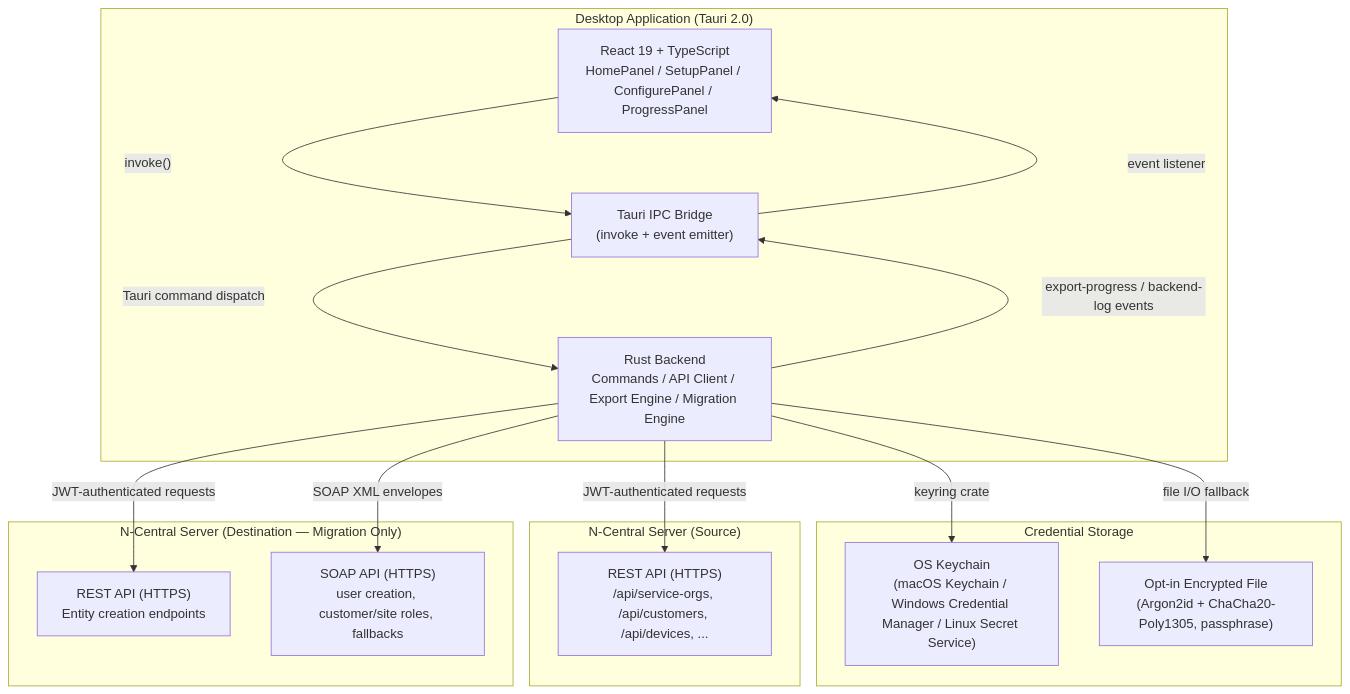
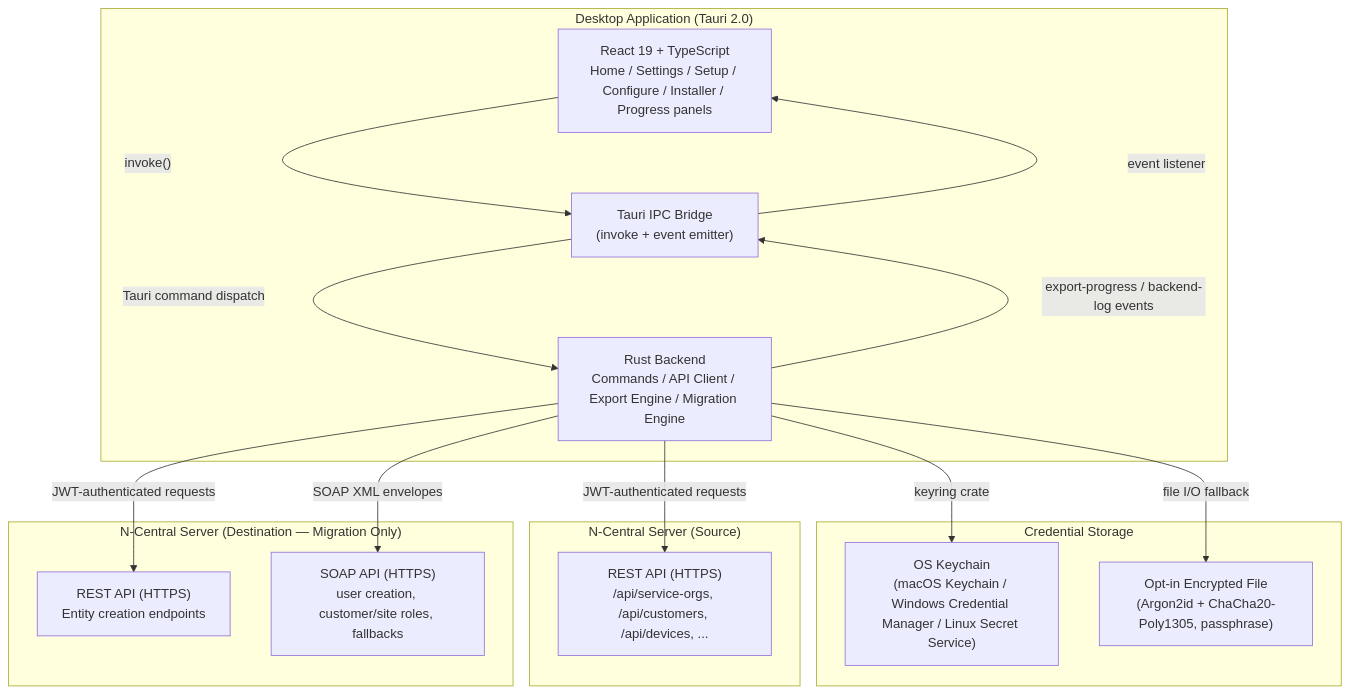
Before and after one commit to theonlytruebigmac/n-xport: the first of 12 diagrams in docs/TECHNICAL_OVERVIEW.md, drawn with Mermaid. The commit also changed other lines of this file and 1 other file, not shown here.

First line of the commit message:
docs: cover installer scripts, registration tokens, paging, long runs and the settings page

````diff
--- a/docs/TECHNICAL_OVERVIEW.md
+++ b/docs/TECHNICAL_OVERVIEW.md
@@ -32,33 +32,33 @@
 ```mermaid
 graph TB
     subgraph "Desktop Application (Tauri 2.0)"
-        React["React 19 + TypeScript<br/>HomePanel / SetupPanel / ConfigurePanel / ProgressPanel"]
+        React["React 19 + TypeScript<br/>Home / Settings / Setup / Configure / Installer / Progress panels"]
         TauriIPC["Tauri IPC Bridge<br/>(invoke + event emitter)"]
         Rust["Rust Backend<br/>Commands / API Client / Export Engine / Migration Engine"]
     end
 
     subgraph "Credential Storage"
         Keyring["OS Keychain<br/>(macOS Keychain / Windows Credential Manager / Linux Secret Service)"]
         Fallback["Opt-in Encrypted File<br/>(Argon2id + ChaCha20-Poly1305, passphrase)"]
     end
 
     subgraph "N-Central Server (Source)"
         REST_SRC["REST API (HTTPS)<br/>/api/service-orgs, /api/customers, /api/devices, ..."]
     end
 
     subgraph "N-Central Server (Destination — Migration Only)"
         REST_DST["REST API (HTTPS)<br/>Entity creation endpoints"]
         SOAP_DST["SOAP API (HTTPS)<br/>user creation, customer/site roles, fallbacks"]
     end
 
     React -->|"invoke()"| TauriIPC
     TauriIPC -->|"Tauri command dispatch"| Rust
     Rust -->|"export-progress / backend-log events"| TauriIPC
     TauriIPC -->|"event listener"| React
 
     Rust -->|"JWT-authenticated requests"| REST_SRC
     Rust -->|"JWT-authenticated requests"| REST_DST
     Rust -->|"SOAP XML envelopes"| SOAP_DST
     Rust -->|"keyring crate"| Keyring
     Rust -->|"file I/O fallback"| Fallback
 ```
````
